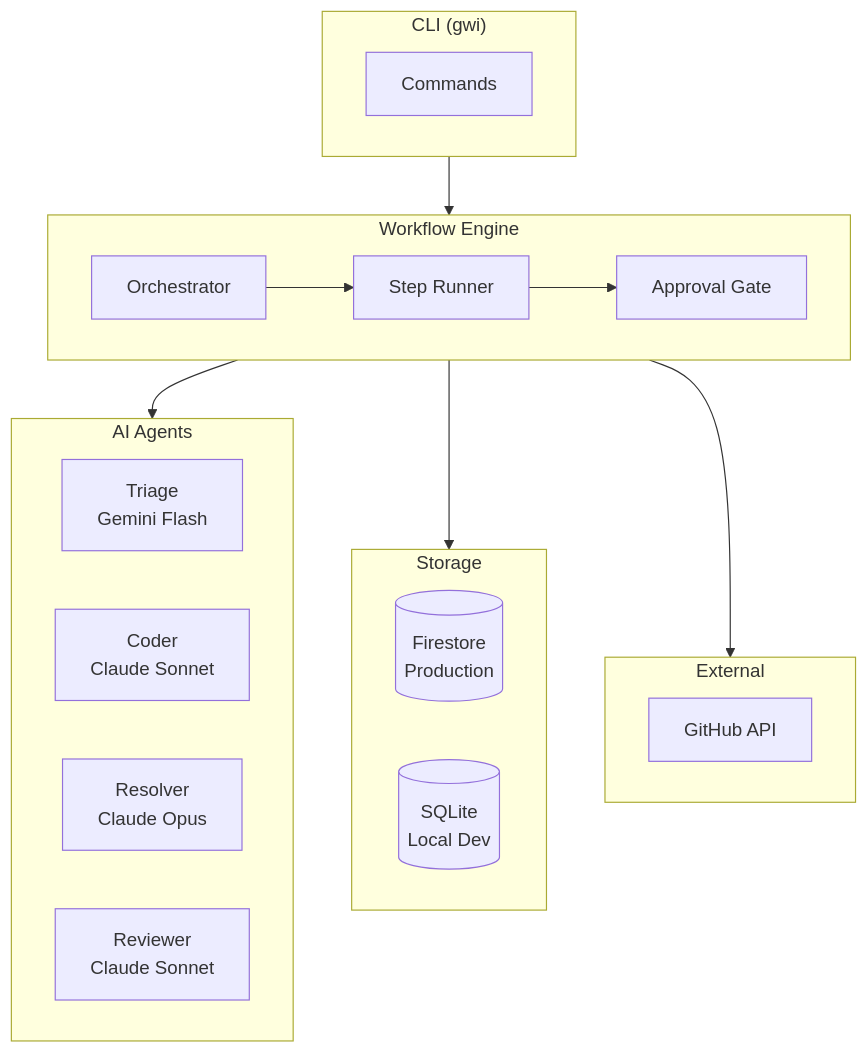
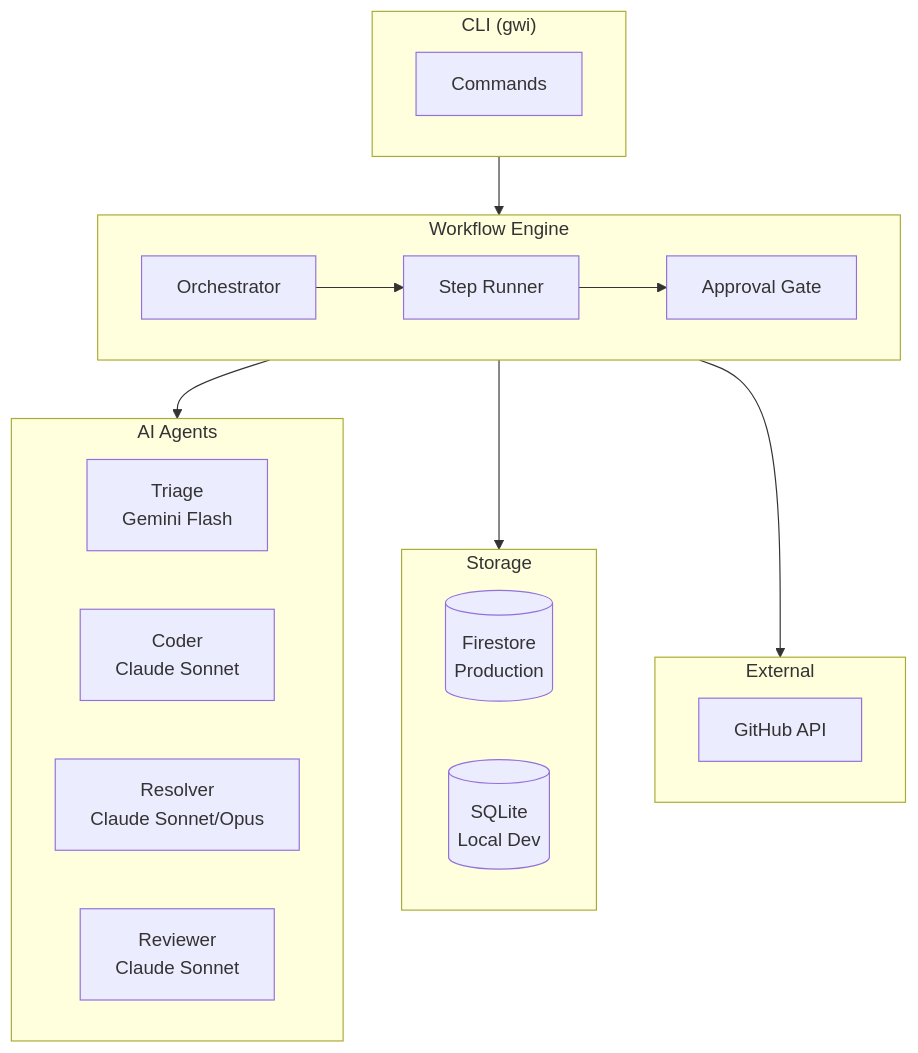
Before and after one commit to intent-solutions-io/iam-git-with-intent: the sixth of 14 diagrams in README.md, drawn with Mermaid. The commit also changed other lines of this file and 1 other file, not shown here.

````diff
--- a/README.md
+++ b/README.md
@@ -225,35 +225,35 @@
 ```mermaid
 flowchart TB
     subgraph CLI["CLI (gwi)"]
         commands[Commands]
     end
 
     subgraph Engine["Workflow Engine"]
         orchestrator[Orchestrator]
         runner[Step Runner]
         approval[Approval Gate]
     end
 
     subgraph Agents["AI Agents"]
         triage[Triage<br/>Gemini Flash]
         coder[Coder<br/>Claude Sonnet]
-        resolver[Resolver<br/>Claude Opus]
+        resolver[Resolver<br/>Claude Sonnet/Opus]
         reviewer[Reviewer<br/>Claude Sonnet]
     end
 
     subgraph Storage["Storage"]
         firestore[(Firestore<br/>Production)]
         sqlite[(SQLite<br/>Local Dev)]
     end
 
     subgraph External["External"]
         github[GitHub API]
     end
 
     CLI --> Engine
     Engine --> Agents
     Engine --> Storage
     Engine --> External
     orchestrator --> runner
     runner --> approval
 ```
````
